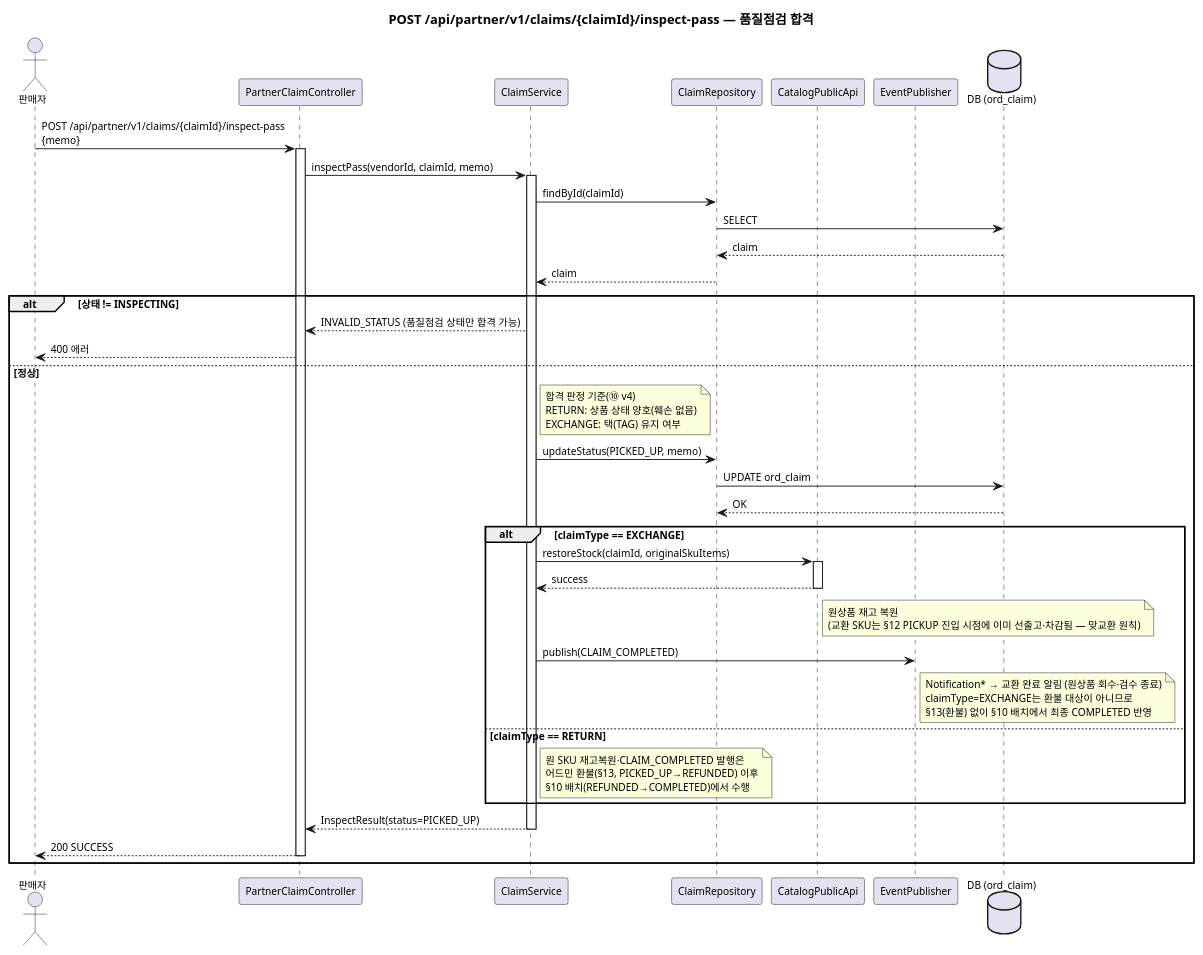
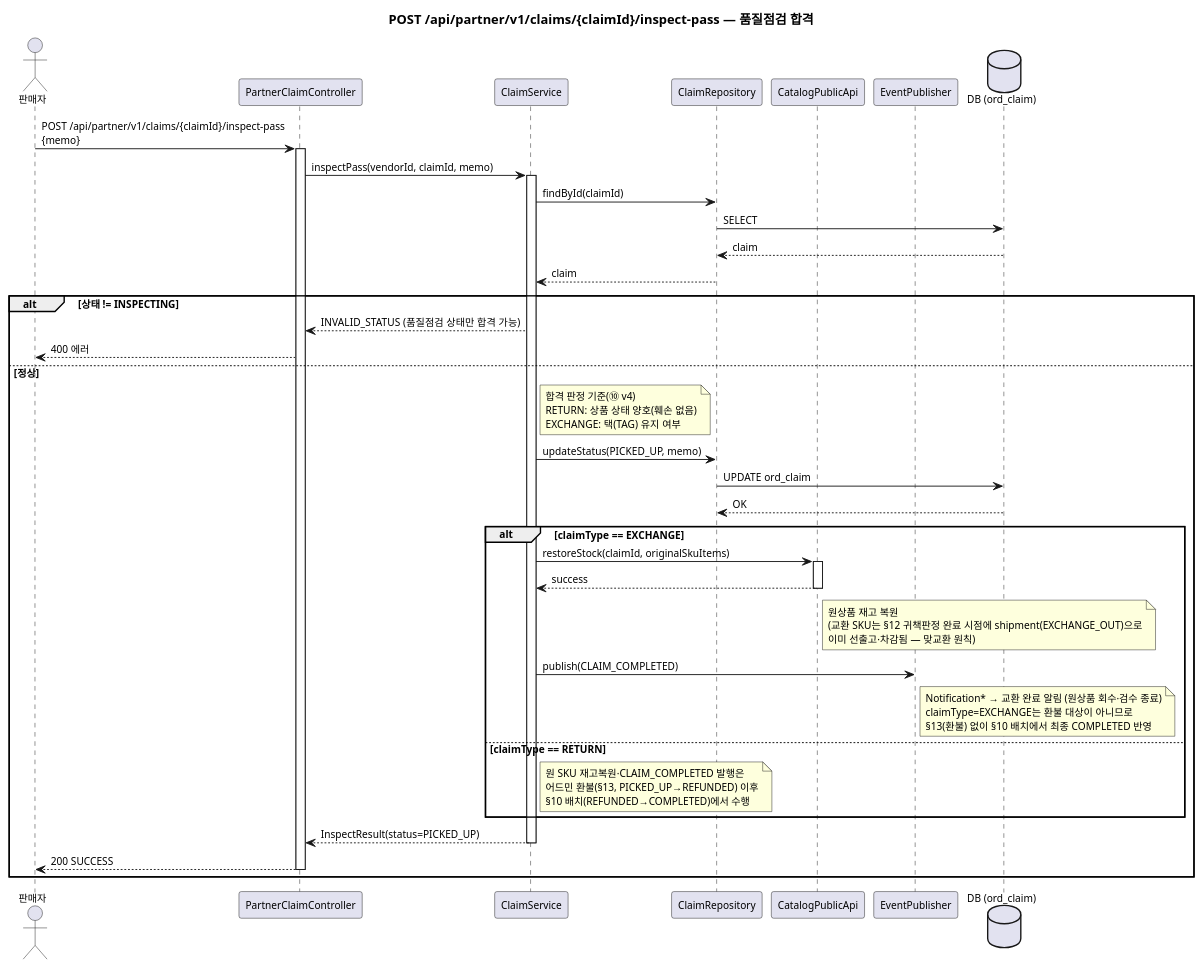
Diagram 17 of 26 in docs/자산화-단계별/S3-상세설계/16-시퀀스(Order-Payment).md (parknahyun/runNShop), drawn with PlantUML before and after one commit. The commit also changed other lines of this file and 14 other files, not shown here.

````diff
--- a/docs/자산화-단계별/S3-상세설계/16-시퀀스(Order-Payment).md
+++ b/docs/자산화-단계별/S3-상세설계/16-시퀀스(Order-Payment).md
@@ -744,64 +927,64 @@
 ```plantuml
 @startuml
 skinparam backgroundColor transparent
 skinparam defaultFontSize 11
 title POST /api/partner/v1/claims/{claimId}/inspect-pass — 품질점검 합격
 
 actor 판매자 as Partner
 participant "PartnerClaimController" as PCC
 participant "ClaimService" as CS
 participant "ClaimRepository" as CR
 participant "CatalogPublicApi" as CAT
 participant "EventPublisher" as EP
 database "DB (ord_claim)" as DB
 
 Partner -> PCC : POST /api/partner/v1/claims/{claimId}/inspect-pass\n{memo}
 activate PCC
 
 PCC -> CS : inspectPass(vendorId, claimId, memo)
 activate CS
 
 CS -> CR : findById(claimId)
 CR -> DB : SELECT
 DB --> CR : claim
 CR --> CS : claim
 
 alt 상태 != INSPECTING
   CS --> PCC : INVALID_STATUS (품질점검 상태만 합격 가능)
   PCC --> Partner : 400 에러
 else 정상
   note right of CS
     합격 판정 기준(⑩ v4)
     RETURN: 상품 상태 양호(훼손 없음)
     EXCHANGE: 택(TAG) 유지 여부
   end note
 
   CS -> CR : updateStatus(PICKED_UP, memo)
   CR -> DB : UPDATE ord_claim
   DB --> CR : OK
 
   alt claimType == EXCHANGE
     CS -> CAT : restoreStock(claimId, originalSkuItems)
     activate CAT
     CAT --> CS : success
     deactivate CAT
-    note right of CAT: 원상품 재고 복원\n(교환 SKU는 §12 PICKUP 진입 시점에 이미 선출고·차감됨 — 맞교환 원칙)
+    note right of CAT: 원상품 재고 복원\n(교환 SKU는 §12 귀책판정 완료 시점에 shipment(EXCHANGE_OUT)으로\n이미 선출고·차감됨 — 맞교환 원칙)
 
     CS -> EP : publish(CLAIM_COMPLETED)
     note right of EP
       Notification* → 교환 완료 알림 (원상품 회수·검수 종료)
       claimType=EXCHANGE는 환불 대상이 아니므로
       §13(환불) 없이 §10 배치에서 최종 COMPLETED 반영
     end note
   else claimType == RETURN
     note right of CS: 원 SKU 재고복원·CLAIM_COMPLETED 발행은\n어드민 환불(§13, PICKED_UP→REFUNDED) 이후\n§10 배치(REFUNDED→COMPLETED)에서 수행
   end
 
   CS --> PCC : InspectResult(status=PICKED_UP)
   deactivate CS
   PCC --> Partner : 200 SUCCESS
   deactivate PCC
 end
 
 @enduml
 ```
````
